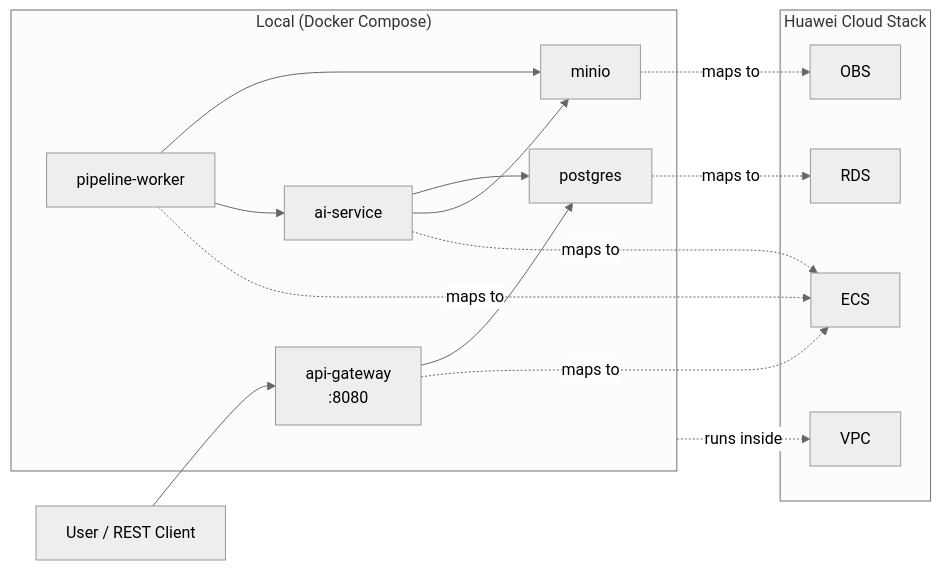
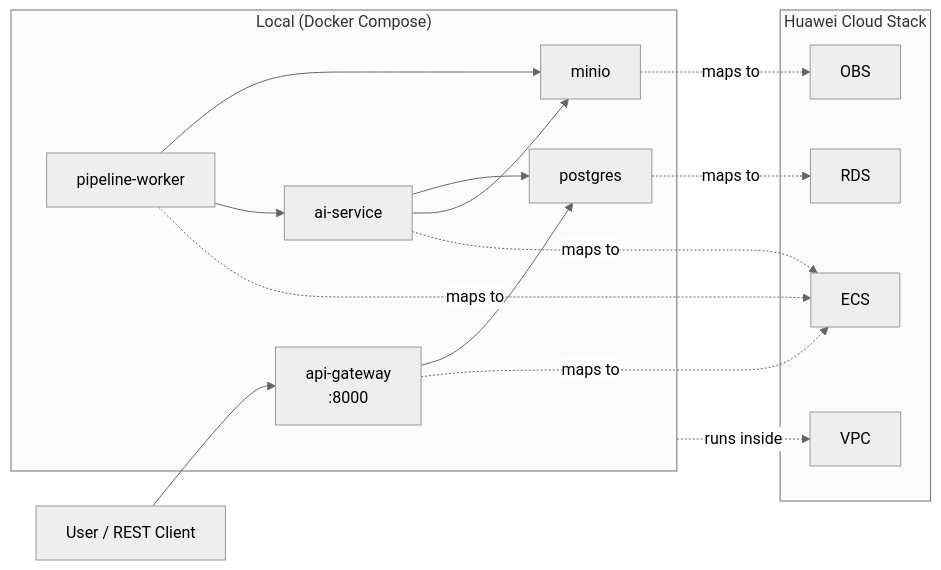
Before and after one commit to souhayl1g/telecom-cloud-intelligence: the diagram in docs/deployment/local-docker.md, drawn with Mermaid (neutral theme). The commit also changed 12 other files, not shown here.

````diff
--- a/docs/deployment/local-docker.md
+++ b/docs/deployment/local-docker.md
@@ -1,31 +1,31 @@
 ```mermaid
 flowchart LR
   subgraph Local["Local (Docker Compose)"]
-    APIGW["api-gateway\n:8080"]
+    APIGW["api-gateway\n:8000"]
     PIPE["pipeline-worker"]
     AI["ai-service"]
     DB["postgres"]
     OBJ["minio"]
   end
 
   User["User / REST Client"] --> APIGW
   APIGW --> DB
   PIPE --> OBJ
   PIPE --> AI
   AI --> DB
   AI --> OBJ
 
   subgraph HCS["Huawei Cloud Stack"]
     ECS["ECS"]
     OBS["OBS"]
     RDS["RDS"]
     VPC["VPC"]
   end
 
   APIGW -.maps to .-> ECS
   PIPE  -.maps to .-> ECS
   AI    -.maps to .-> ECS
   OBJ   -.maps to .-> OBS
   DB    -.maps to .-> RDS
   Local -.runs inside .-> VPC
 ```
````
